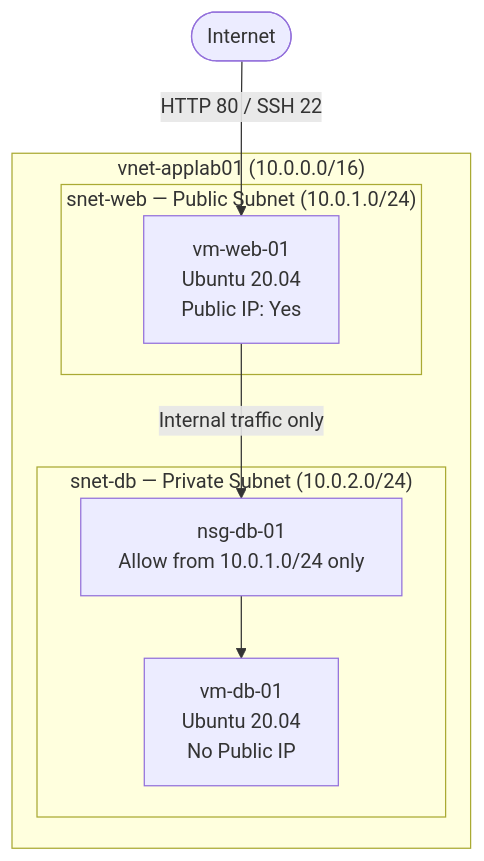
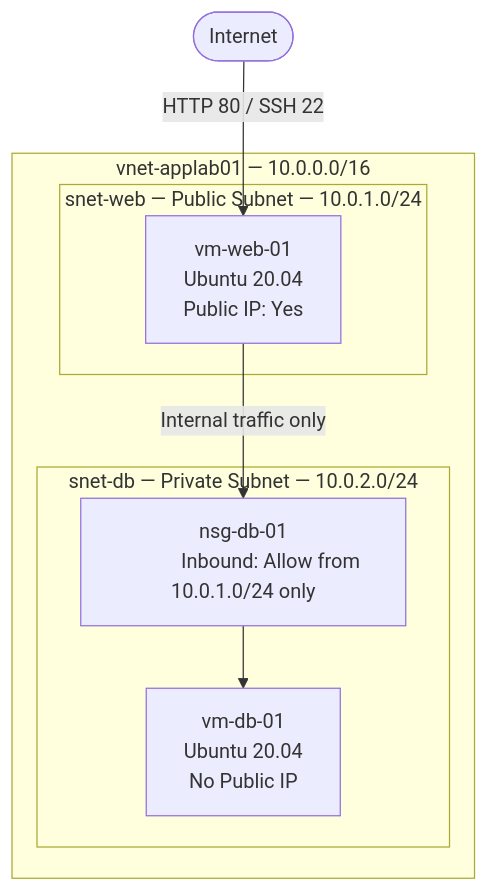
The diagram in README.md (AzureCloud-Bryce/Tier-2-App), drawn with Mermaid before and after one commit.

Commit message:
Update README.md
updated the mermaid flowchart

````diff
--- a/README.md
+++ b/README.md
@@ -17,20 +17,28 @@
 ```mermaid
 flowchart TD
     Internet(["Internet"])
 
     Internet -->|"HTTP 80 / SSH 22"| web
 
-    subgraph vnet["vnet-applab01 (10.0.0.0/16)"]
-        subgraph public["snet-web — Public Subnet (10.0.1.0/24)"]
-            web["vm-web-01\nUbuntu 20.04\nPublic IP: Yes"]
+    subgraph vnet["vnet-applab01 — 10.0.0.0/16"]
+
+        subgraph public["snet-web — Public Subnet — 10.0.1.0/24"]
+            web["vm-web-01
+            Ubuntu 20.04
+            Public IP: Yes"]
         end
 
-        subgraph private["snet-db — Private Subnet (10.0.2.0/24)"]
-            nsg["nsg-db-01\nAllow from 10.0.1.0/24 only"]
-            db["vm-db-01\nUbuntu 20.04\nNo Public IP"]
-            nsg --> db
+        subgraph private["snet-db — Private Subnet — 10.0.2.0/24"]
+            nsg["nsg-db-01
+            Inbound: Allow from 10.0.1.0/24 only"]
+
+            db["vm-db-01
+            Ubuntu 20.04
+            No Public IP"]
         end
 
-        web -->|"Internal traffic only"| nsg
     end
+
+    web -->|"Internal traffic only"| nsg
+    nsg --> db
 ```
````
